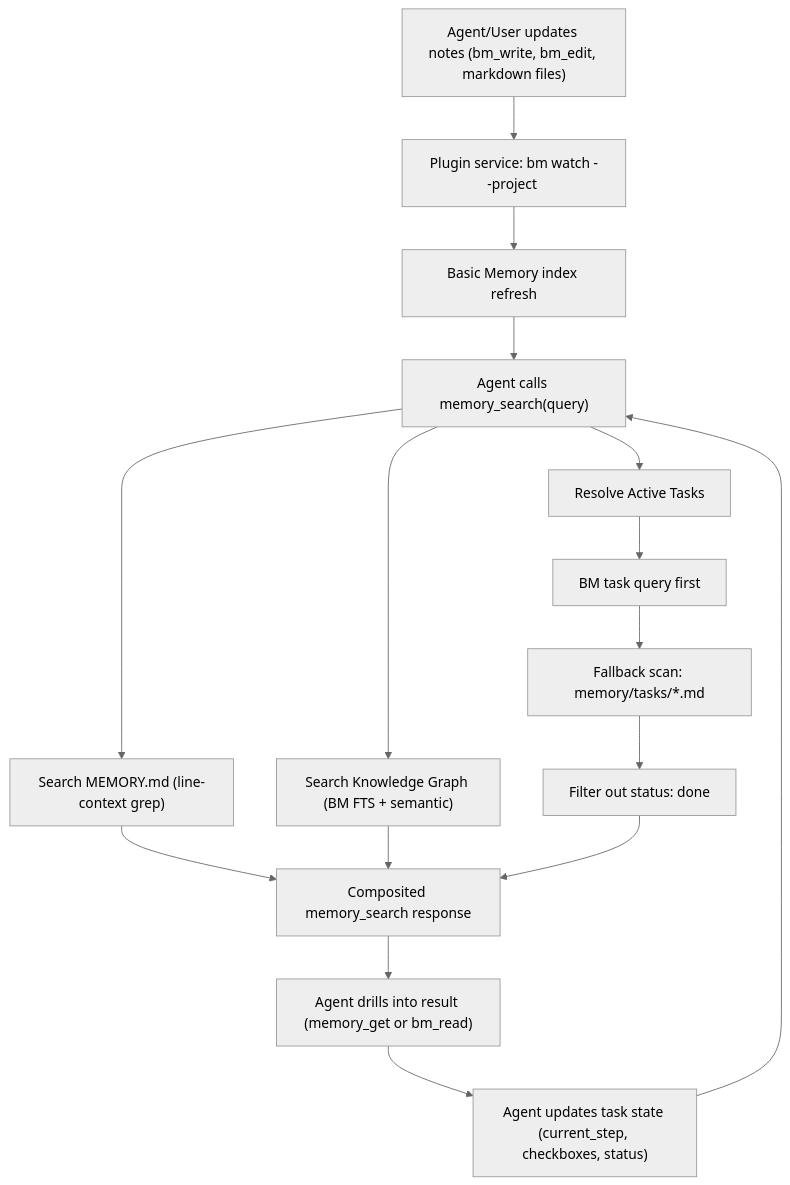
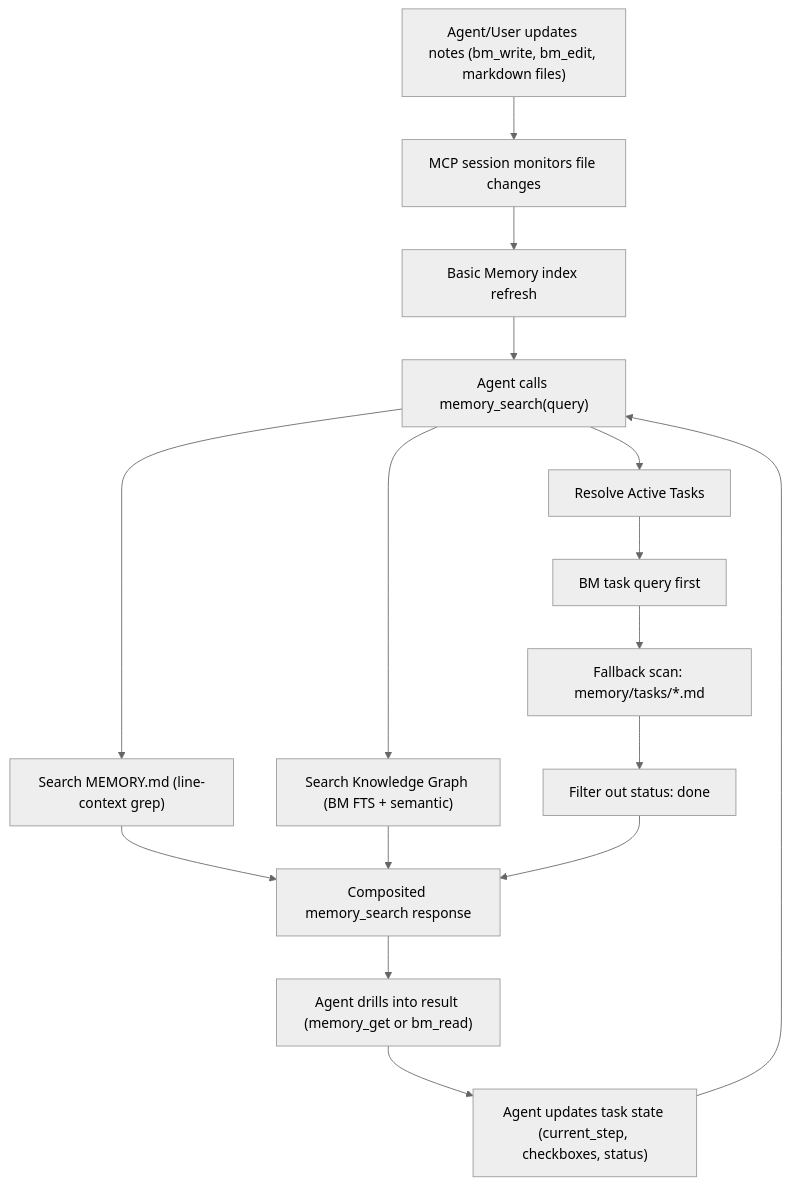
Before and after one commit to basicmachines-co/openclaw-basic-memory: the diagram in MEMORY_TASK_FLOW.md, drawn with Mermaid (neutral theme). The commit also changed other lines of this file and 41 other files, not shown here.

````diff
--- a/MEMORY_TASK_FLOW.md
+++ b/MEMORY_TASK_FLOW.md
@@ -28,22 +30,22 @@
 ```mermaid
 flowchart TD
-    A["Agent/User updates notes (bm_write, bm_edit, markdown files)"] --> B["Plugin service: bm watch --project <name>"]
+    A["Agent/User updates notes (bm_write, bm_edit, markdown files)"] --> B["MCP session monitors file changes"]
     B --> C["Basic Memory index refresh"]
     C --> D["Agent calls memory_search(query)"]
 
     D --> E["Search MEMORY.md (line-context grep)"]
     D --> F["Search Knowledge Graph (BM FTS + semantic)"]
     D --> G["Resolve Active Tasks"]
 
     G --> G1["BM task query first"]
     G1 --> G2["Fallback scan: memory/tasks/*.md"]
     G2 --> G3["Filter out status: done"]
 
     E --> H["Composited memory_search response"]
     F --> H
     G3 --> H
 
     H --> I["Agent drills into result (memory_get or bm_read)"]
     I --> J["Agent updates task state (current_step, checkboxes, status)"]
     J --> D
 ```
````
